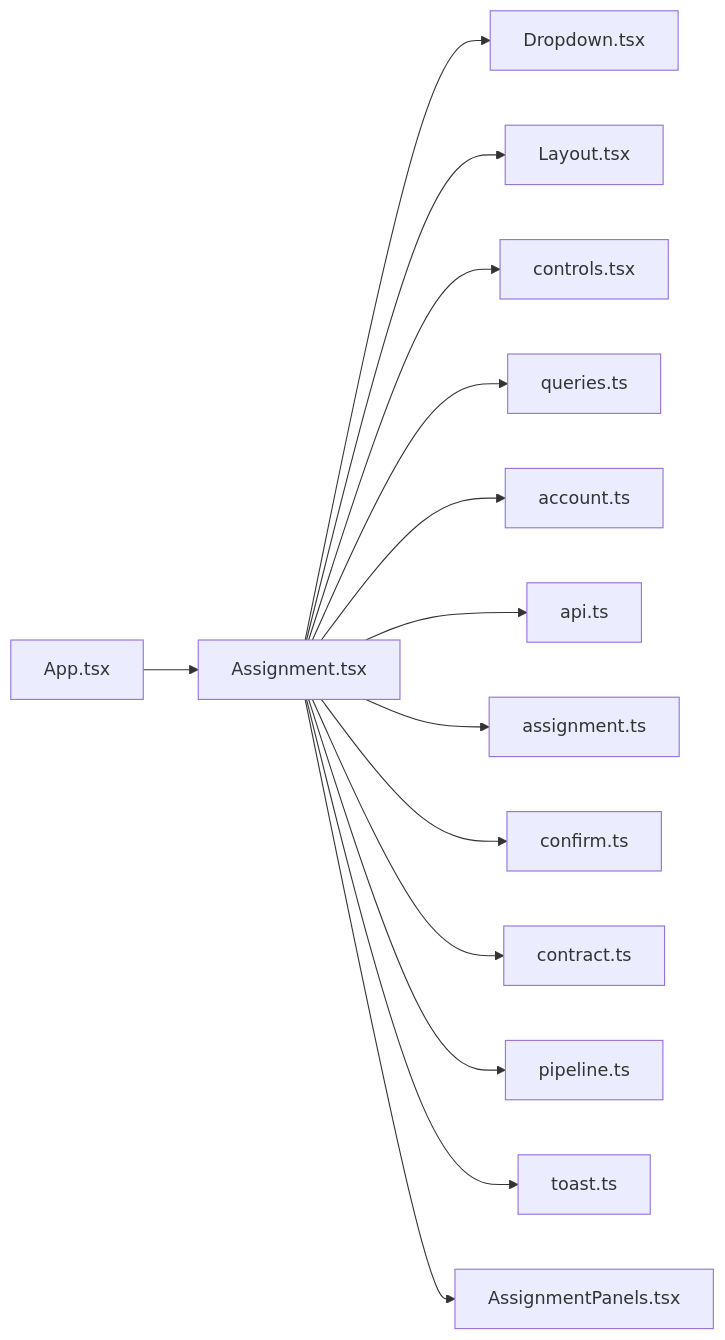
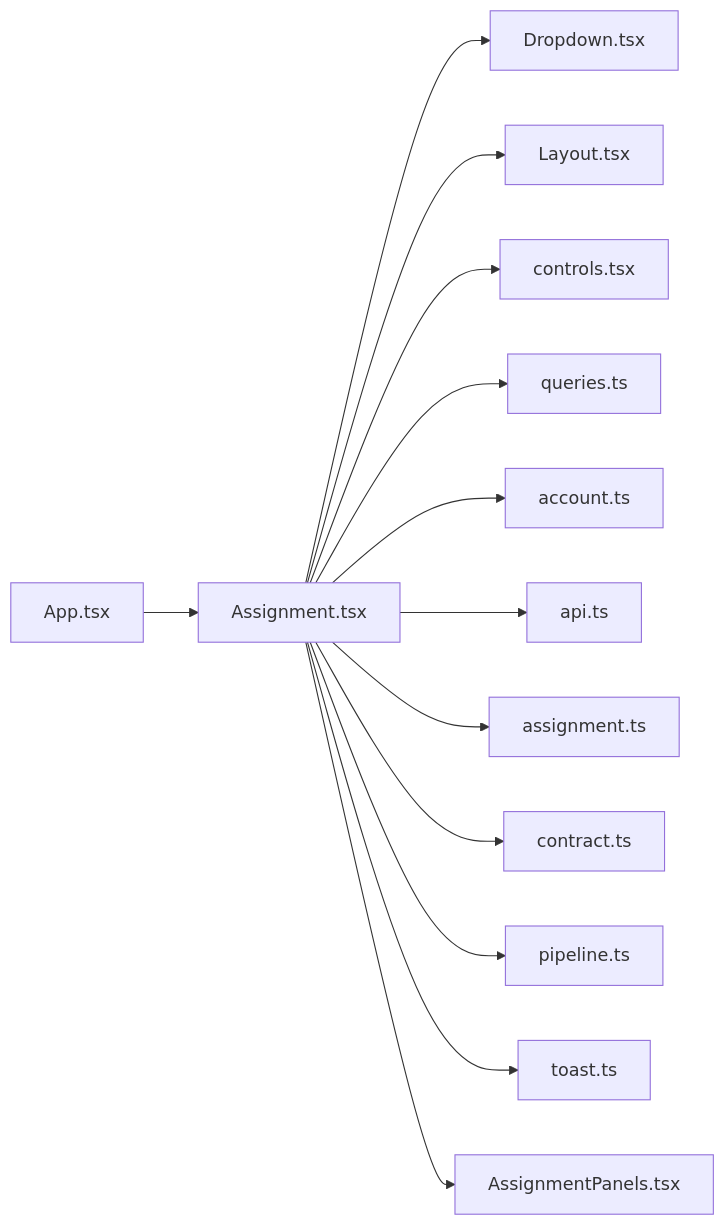
One commit to minkong-dev/Banblit changed the diagram in .cluedoc/graph/frontend/src/routes/Assignment.md. Above: the diagram before and after it, drawn with Mermaid. The commit also changed other lines of this file and 40 other files, not shown here.

````diff
--- a/.cluedoc/graph/frontend/src/routes/Assignment.md
+++ b/.cluedoc/graph/frontend/src/routes/Assignment.md
@@ -10,17 +10,16 @@
 ```mermaid
 flowchart LR
   frontend_src_routes_Assignment["Assignment.tsx"]
   frontend_src_routes_Assignment --> frontend_src_components_Dropdown["Dropdown.tsx"]
   frontend_src_routes_Assignment --> frontend_src_components_Layout["Layout.tsx"]
   frontend_src_routes_Assignment --> frontend_src_components_controls["controls.tsx"]
   frontend_src_routes_Assignment --> frontend_src_components_queries["queries.ts"]
   frontend_src_routes_Assignment --> frontend_src_lib_account["account.ts"]
   frontend_src_routes_Assignment --> frontend_src_lib_api["api.ts"]
   frontend_src_routes_Assignment --> frontend_src_lib_assignment["assignment.ts"]
-  frontend_src_routes_Assignment --> frontend_src_lib_confirm["confirm.ts"]
   frontend_src_routes_Assignment --> frontend_src_lib_contract["contract.ts"]
   frontend_src_routes_Assignment --> frontend_src_lib_pipeline["pipeline.ts"]
   frontend_src_routes_Assignment --> frontend_src_lib_toast["toast.ts"]
   frontend_src_routes_Assignment --> frontend_src_routes_AssignmentPanels["AssignmentPanels.tsx"]
   frontend_src_App["App.tsx"] --> frontend_src_routes_Assignment
 ```
````
